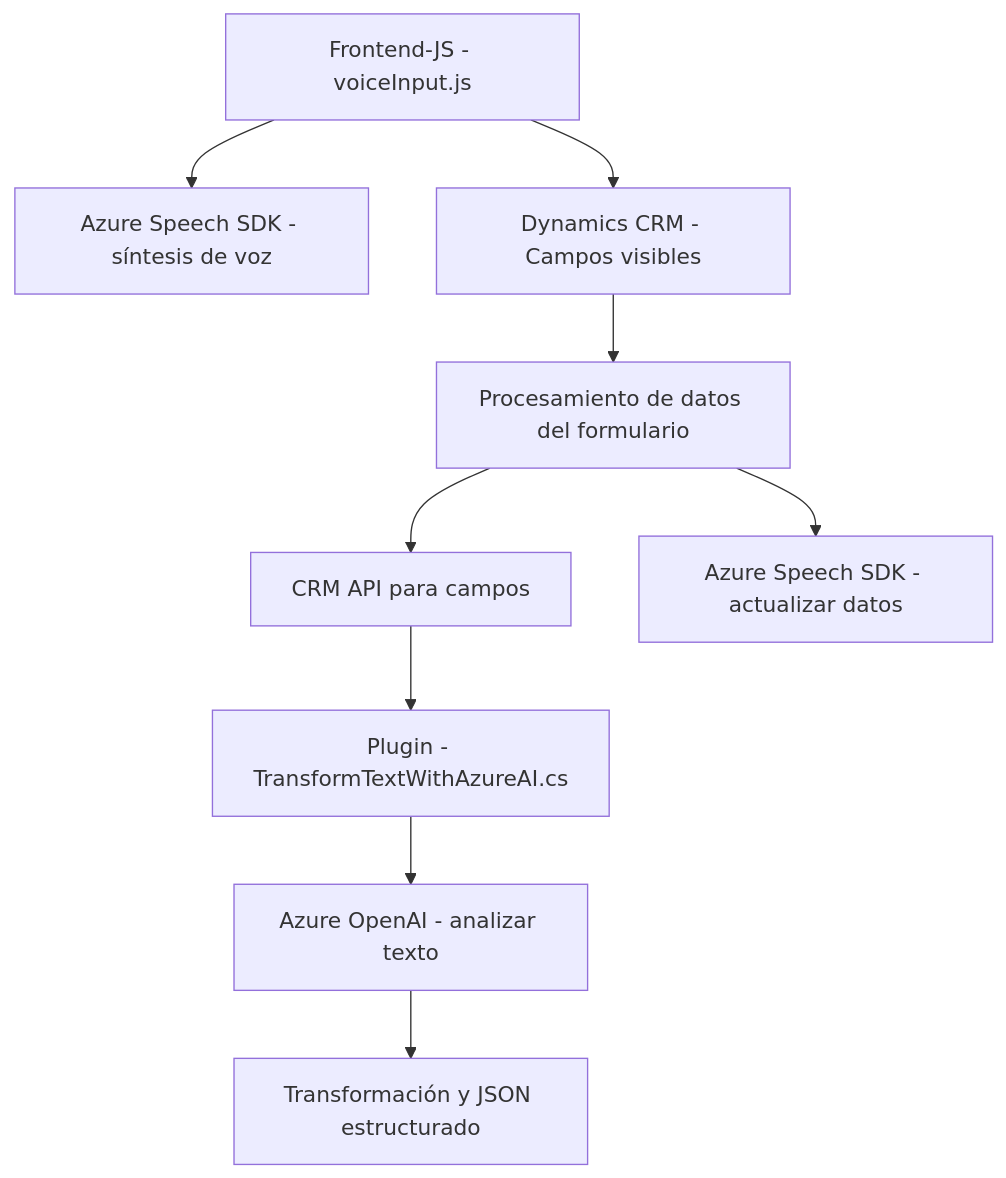
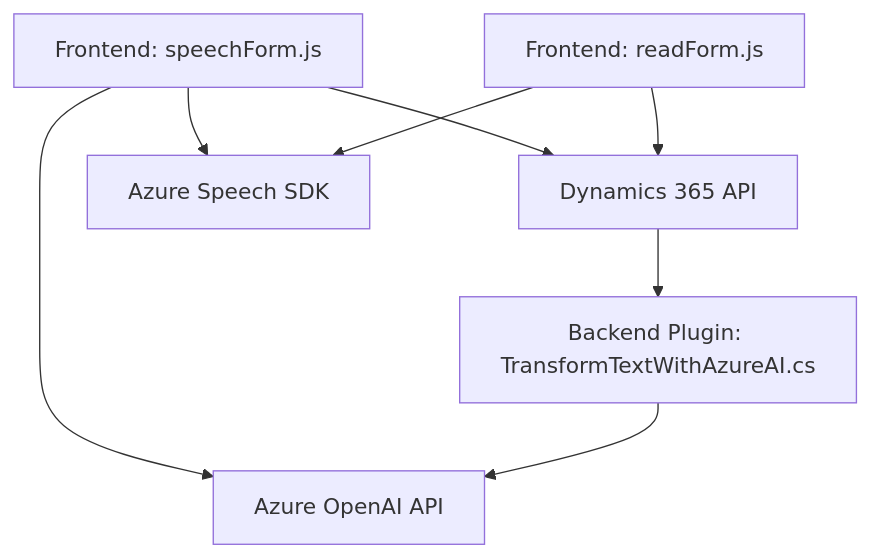
The diagram in README.md (blopezdm/NETCORE_BILBAO2025), drawn with Mermaid before and after one commit. The commit also changed other lines of this file, not shown here.

Commit message:
Actualizar análisis global de la solución con IA

````diff
--- a/README.md
+++ b/README.md
@@ -34,11 +41,17 @@
 ```mermaid
 graph TD
-    A["Frontend-JS - voiceInput.js"] --> B["Azure Speech SDK - síntesis de voz"]
-    A --> C["Dynamics CRM - Campos visibles"]
-    C --> D["Procesamiento de datos del formulario"]
-    D --> E["CRM API para campos"]
-    D --> F["Azure Speech SDK - actualizar datos"]
-    E --> G["Plugin - TransformTextWithAzureAI.cs"]
-    G --> H["Azure OpenAI - analizar texto"]
-    H --> I["Transformación y JSON estructurado"]
+    A["Frontend: speechForm.js"]
+    B["Frontend: readForm.js"]
+    C["Dynamics 365 API"]
+    D["Azure Speech SDK"]
+    E["Azure OpenAI API"]
+    F["Backend Plugin: TransformTextWithAzureAI.cs"]
+    
+    A --> C
+    B --> C
+    A --> D
+    B --> D
+    A --> E
+    F --> E
+    C --> F
 ```
````
